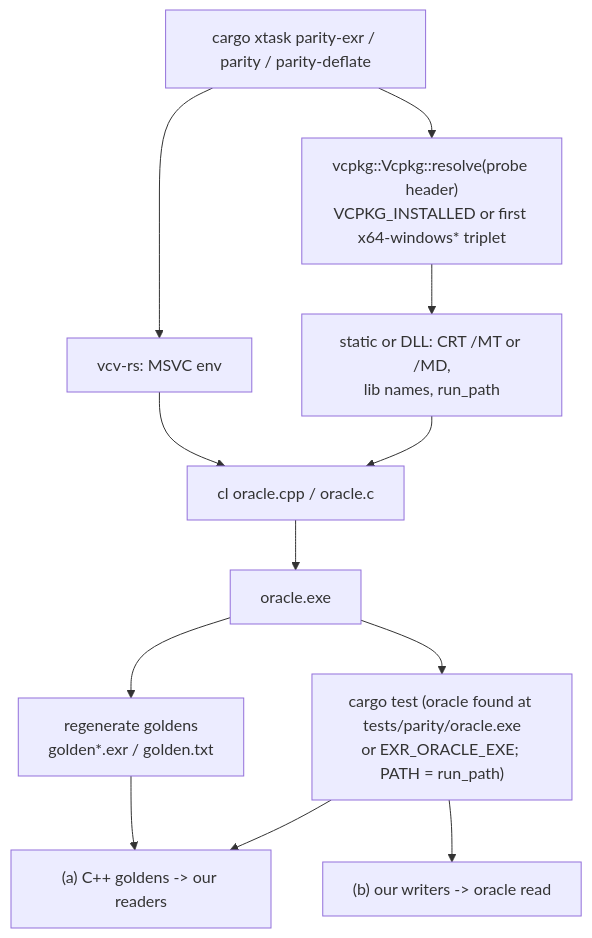
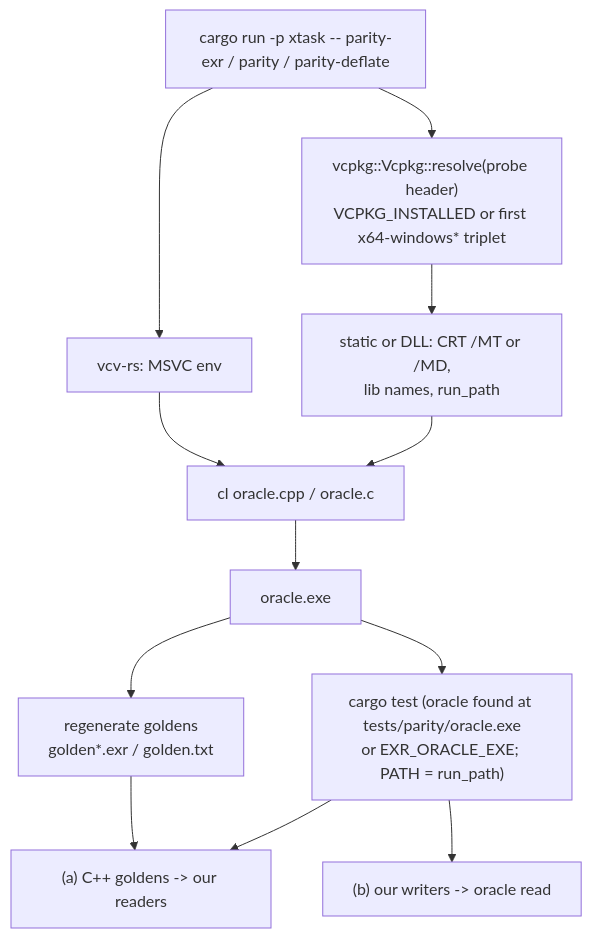
Before and after one commit to ssoj13/exr-rs: the eighth of 9 diagrams in docs/DIAGRAMS.md, drawn with Mermaid. The commit also changed other lines of this file and 18 other files, not shown here.

````diff
--- a/docs/DIAGRAMS.md
+++ b/docs/DIAGRAMS.md
@@ -155,14 +161,14 @@
 ```mermaid
 flowchart TD
-    X["cargo xtask parity-exr / parity / parity-deflate"] --> V["vcv-rs: MSVC env"]
+    X["cargo run -p xtask -- parity-exr / parity / parity-deflate"] --> V["vcv-rs: MSVC env"]
     X --> VP["vcpkg::Vcpkg::resolve(probe header)<br/>VCPKG_INSTALLED or first x64-windows* triplet"]
     VP --> L["static or DLL: CRT /MT or /MD,<br/>lib names, run_path"]
     V --> CL["cl oracle.cpp / oracle.c"]
     L --> CL
     CL --> OR["oracle.exe"]
     OR --> GD["regenerate goldens<br/>golden*.exr / golden.txt"]
     OR --> T["cargo test (oracle found at tests/parity/oracle.exe<br/>or EXR_ORACLE_EXE; PATH = run_path)"]
     GD --> A["(a) C++ goldens -> our readers"]
     T --> A
     T --> B["(b) our writers -> oracle read"]
 ```
````
